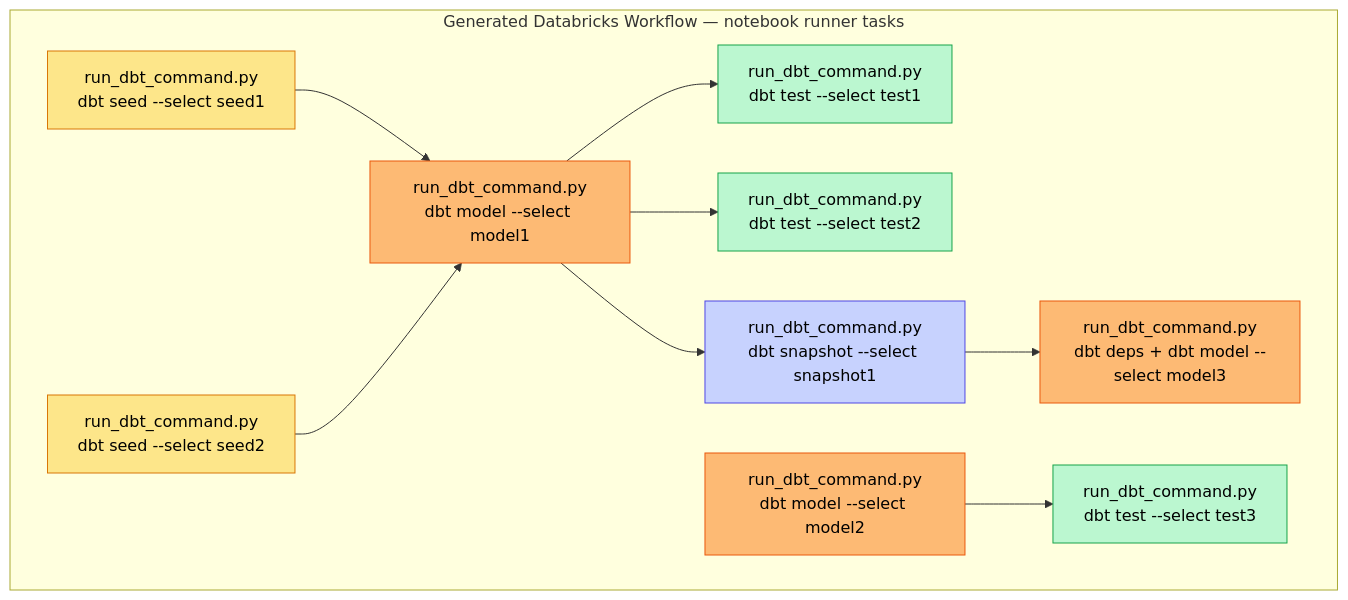
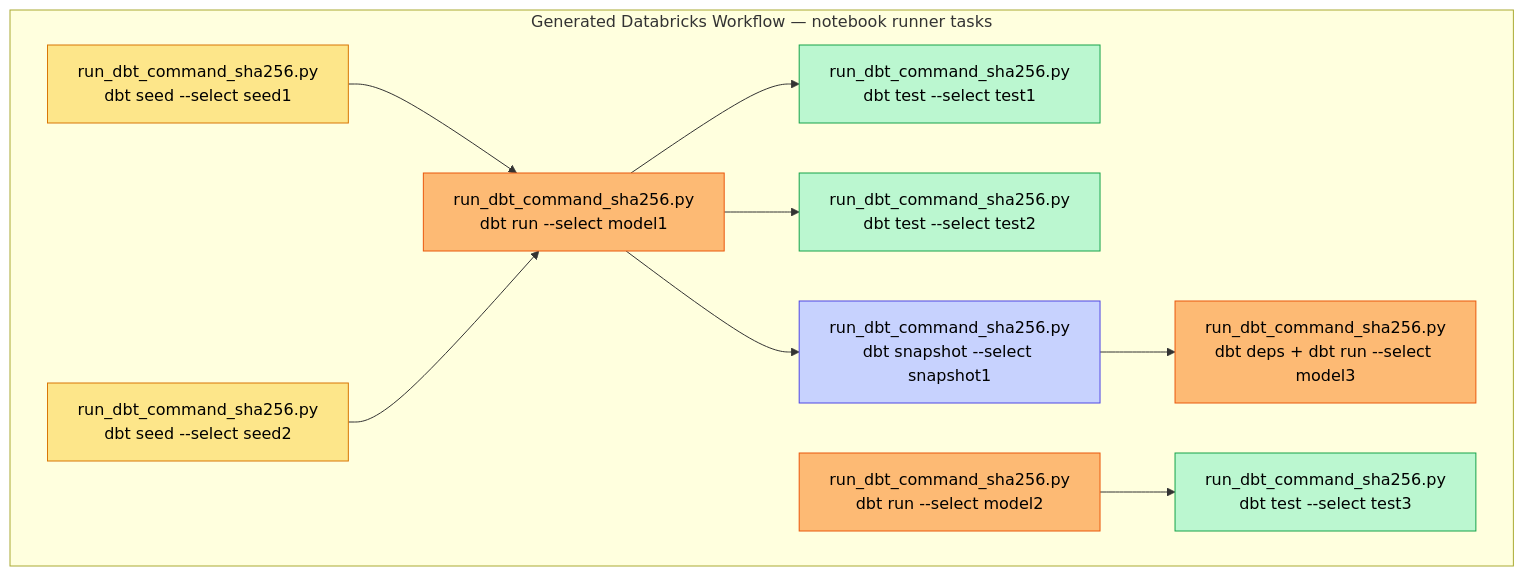
The fourth of 4 diagrams in README.md (mwojtyczka/databricks-dbt-factory), drawn with Mermaid before and after one commit. The commit also changed other lines of this file and 20 other files, not shown here.

````diff
--- a/README.md
+++ b/README.md
@@ -126,23 +126,23 @@
 ```mermaid
 flowchart LR
     subgraph workflow["Generated Databricks Workflow — notebook runner tasks"]
         direction LR
-        seed1["run_dbt_command.py<br/>dbt seed --select seed1"] --> model1["run_dbt_command.py<br/>dbt model --select model1"]
-        seed2["run_dbt_command.py<br/>dbt seed --select seed2"] --> model1
-        model1 --> test1["run_dbt_command.py<br/>dbt test --select test1"]
-        model1 --> test2["run_dbt_command.py<br/>dbt test --select test2"]
-        model1 --> snap1["run_dbt_command.py<br/>dbt snapshot --select snapshot1"]
-        snap1 --> model3["run_dbt_command.py<br/>dbt deps + dbt model --select model3"]
-        model2["run_dbt_command.py<br/>dbt model --select model2"] --> test3["run_dbt_command.py<br/>dbt test --select test3"]
+        seed1["run_dbt_command_sha256.py<br/>dbt seed --select seed1"] --> model1["run_dbt_command_sha256.py<br/>dbt run --select model1"]
+        seed2["run_dbt_command_sha256.py<br/>dbt seed --select seed2"] --> model1
+        model1 --> test1["run_dbt_command_sha256.py<br/>dbt test --select test1"]
+        model1 --> test2["run_dbt_command_sha256.py<br/>dbt test --select test2"]
+        model1 --> snap1["run_dbt_command_sha256.py<br/>dbt snapshot --select snapshot1"]
+        snap1 --> model3["run_dbt_command_sha256.py<br/>dbt deps + dbt run --select model3"]
+        model2["run_dbt_command_sha256.py<br/>dbt run --select model2"] --> test3["run_dbt_command_sha256.py<br/>dbt test --select test3"]
     end
 
     classDef seed fill:#fde68a,stroke:#d97706,color:#000
     classDef model fill:#fdba74,stroke:#ea580c,color:#000
     classDef test fill:#bbf7d0,stroke:#16a34a,color:#000
     classDef snapshot fill:#c7d2fe,stroke:#4f46e5,color:#000
 
     class seed1,seed2 seed
     class model1,model2,model3 model
     class test1,test2,test3 test
     class snap1 snapshot
 ```
````
